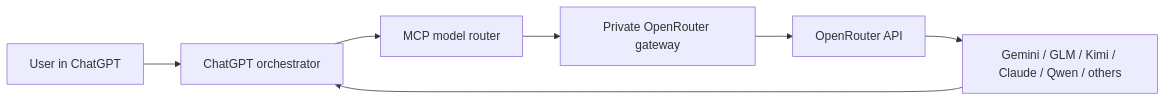
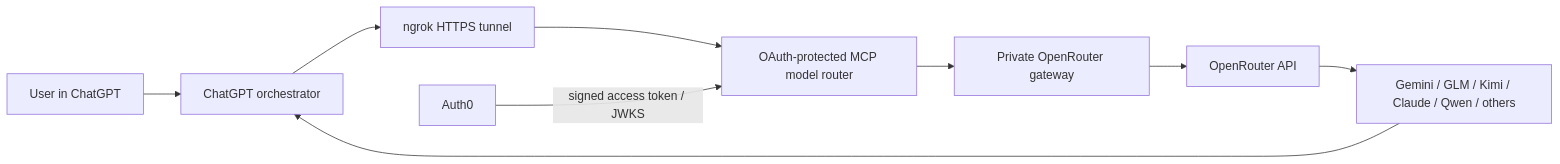
Before and after one commit to Erfouni/connect-gpt-to-all-models-with-openrouter: the diagram in README.md, drawn with Mermaid. The commit also changed other lines of this file and 13 other files, not shown here.

Commit message:
Secure remote MCP with OAuth

````diff
--- a/README.md
+++ b/README.md
@@ -21,9 +21,11 @@
 ```mermaid
 flowchart LR
     U["User in ChatGPT"] --> O["ChatGPT orchestrator"]
-    O --> M["MCP model router"]
+    O --> T["ngrok HTTPS tunnel"]
+    T --> M["OAuth-protected MCP model router"]
+    I["Auth0"] -->|"signed access token / JWKS"| M
     M --> G["Private OpenRouter gateway"]
     G --> R["OpenRouter API"]
     R --> A["Gemini / GLM / Kimi / Claude / Qwen / others"]
     A --> O
 ```
````
